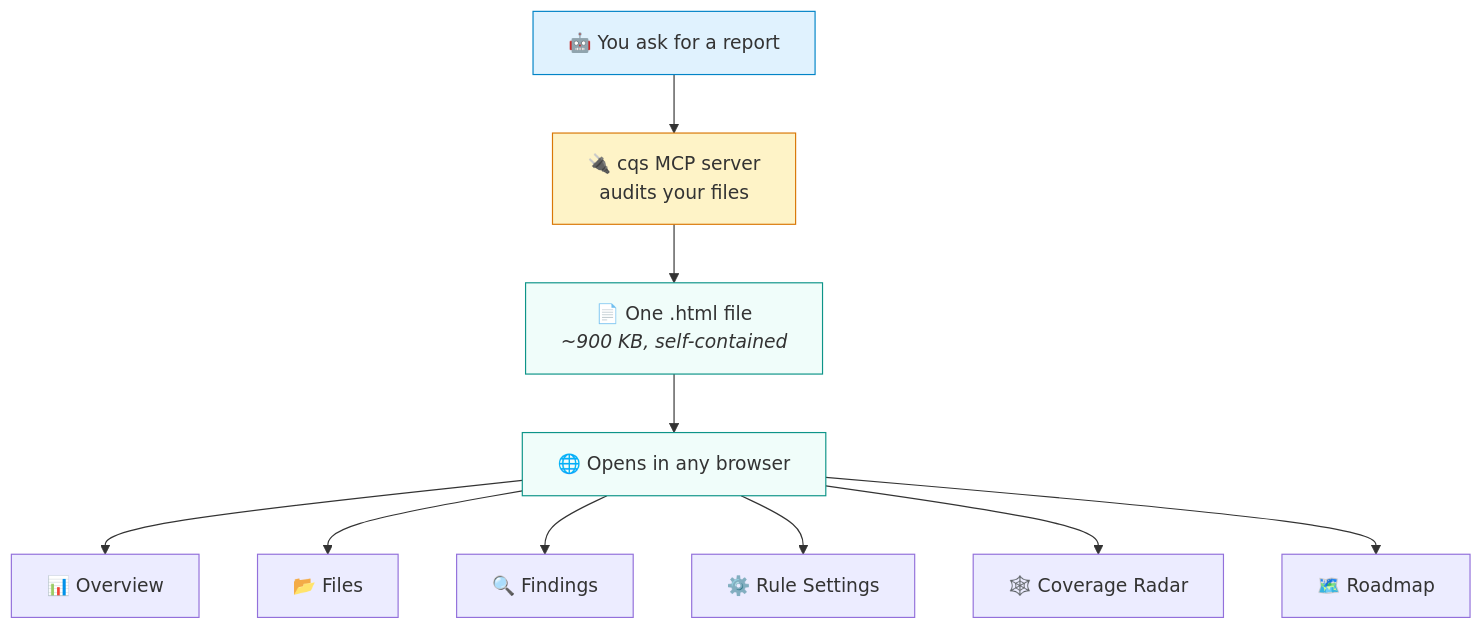
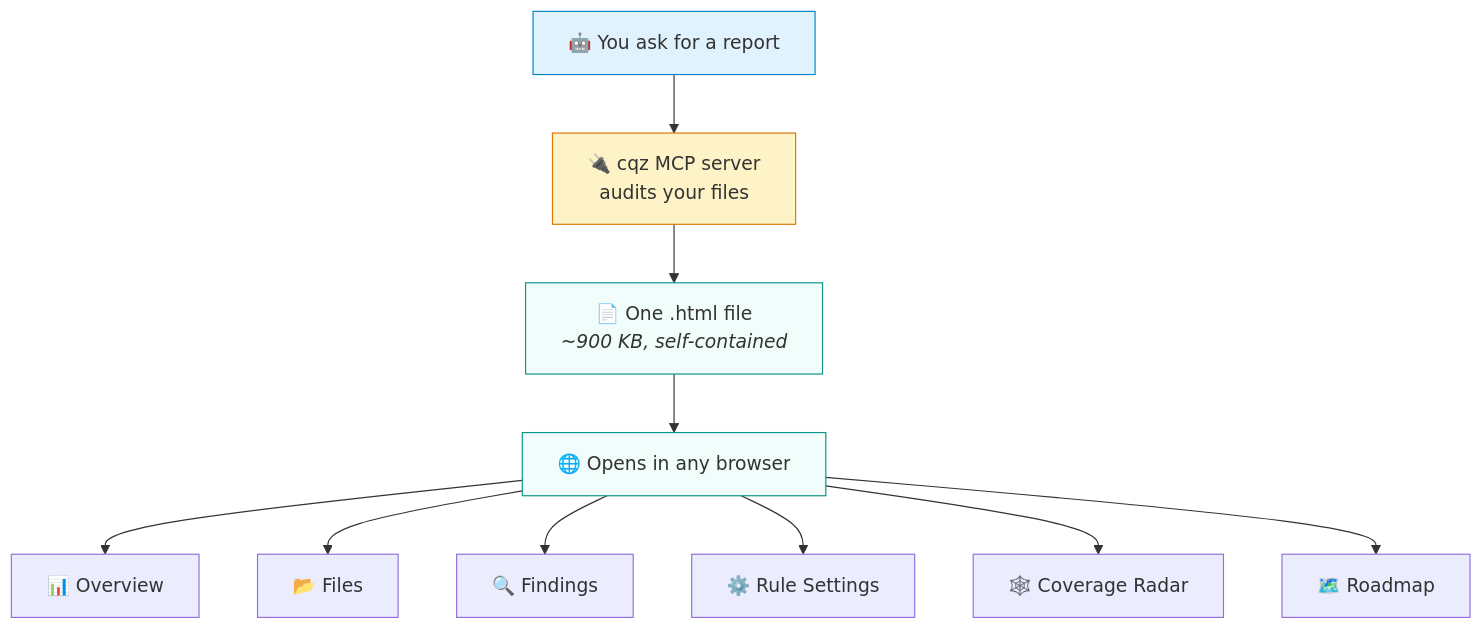
Before and after one commit to mv-vasanth/code-quality-studio: the second of 2 diagrams in docs/MCP_GUIDE.md, drawn with Mermaid. The commit also changed other lines of this file and 65 other files, not shown here.

````diff
--- a/docs/MCP_GUIDE.md
+++ b/docs/MCP_GUIDE.md
@@ -200,17 +200,17 @@
 ```mermaid
 flowchart TD
-    A["🤖 You ask for a report"] --> B["🔌 cqs MCP server<br/>audits your files"]
+    A["🤖 You ask for a report"] --> B["🔌 cqz MCP server<br/>audits your files"]
     B --> C["📄 One .html file<br/><i>~900 KB, self-contained</i>"]
     C --> D["🌐 Opens in any browser"]
     D --> E["📊 Overview"]
     D --> F["📂 Files"]
     D --> G["🔍 Findings"]
     D --> H["⚙️ Rule Settings"]
     D --> I["🕸️ Coverage Radar"]
     D --> J["🗺️ Roadmap"]
 
     style A fill:#e0f2fe,stroke:#0284c7
     style B fill:#fef3c7,stroke:#d97706
     style C fill:#f0fdfa,stroke:#0d9488
     style D fill:#f0fdfa,stroke:#0d9488
 ```
````
